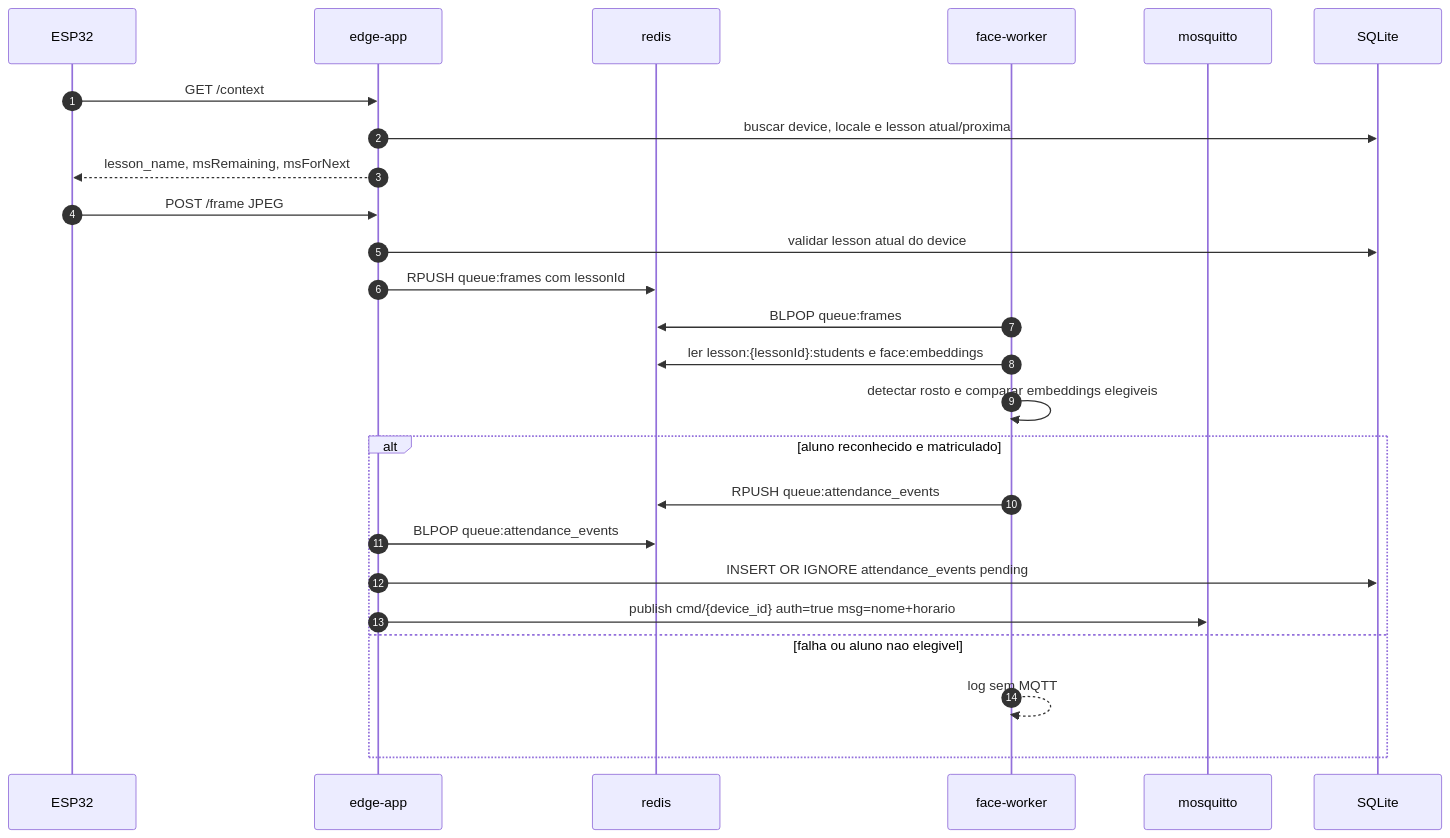
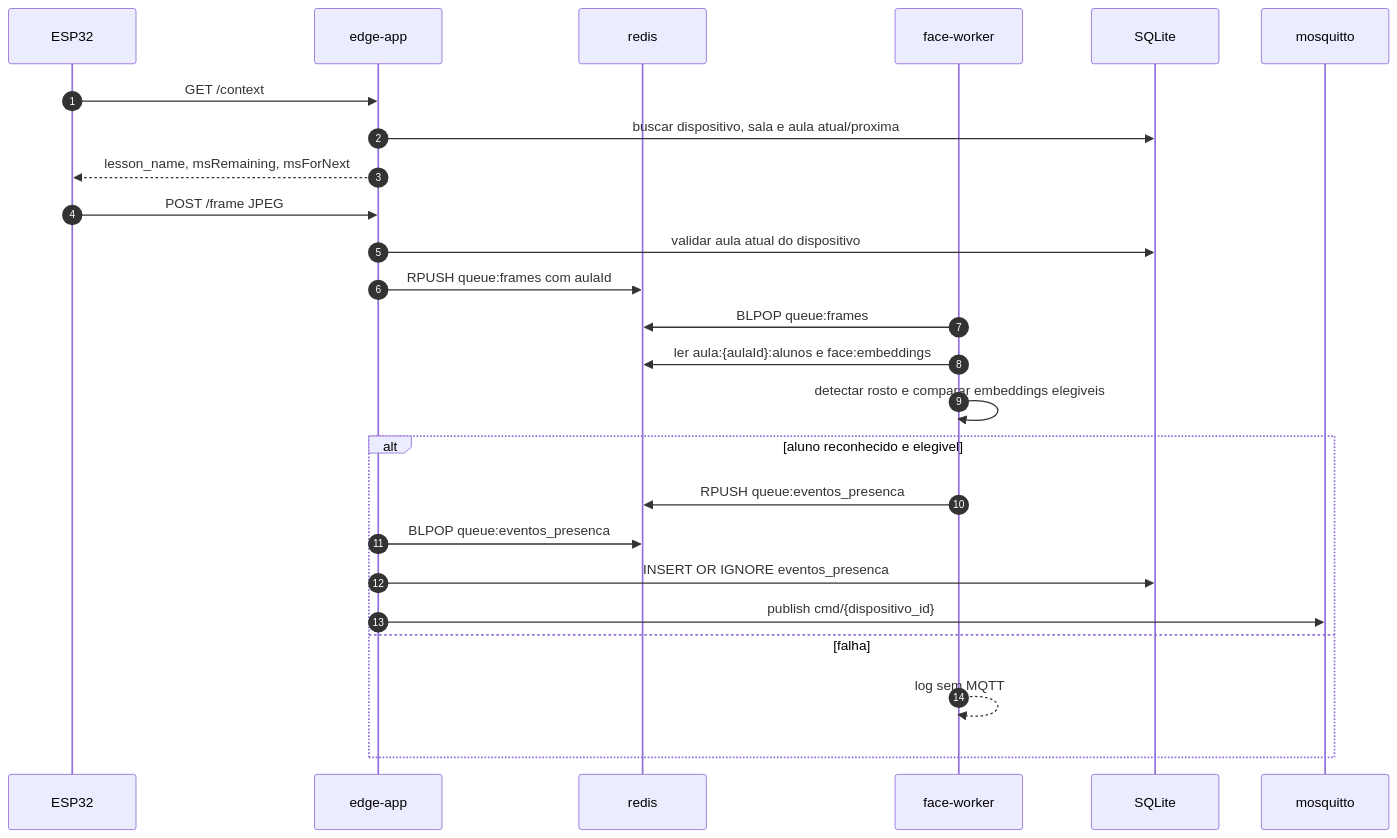
The third of 4 diagrams in README.md (DanielKGM/autoponto-edgenode), drawn with Mermaid before and after one commit. The commit also changed other lines of this file and 14 other files, not shown here.

````diff
--- a/README.md
+++ b/README.md
@@ -129,28 +163,28 @@
 ```mermaid
 sequenceDiagram
   autonumber
   participant ESP as ESP32
   participant API as edge-app
   participant R as redis
   participant W as face-worker
+  participant DB as SQLite
   participant MQ as mosquitto
-  participant DB as SQLite
 
   ESP->>API: GET /context
-  API->>DB: buscar device, locale e lesson atual/proxima
+  API->>DB: buscar dispositivo, sala e aula atual/proxima
   API-->>ESP: lesson_name, msRemaining, msForNext
   ESP->>API: POST /frame JPEG
-  API->>DB: validar lesson atual do device
-  API->>R: RPUSH queue:frames com lessonId
+  API->>DB: validar aula atual do dispositivo
+  API->>R: RPUSH queue:frames com aulaId
   W->>R: BLPOP queue:frames
-  W->>R: ler lesson:{lessonId}:students e face:embeddings
+  W->>R: ler aula:{aulaId}:alunos e face:embeddings
   W->>W: detectar rosto e comparar embeddings elegiveis
-  alt aluno reconhecido e matriculado
-    W->>R: RPUSH queue:attendance_events
-    API->>R: BLPOP queue:attendance_events
-    API->>DB: INSERT OR IGNORE attendance_events pending
-    API->>MQ: publish cmd/{device_id} auth=true msg=nome+horario
-  else falha ou aluno nao elegivel
+  alt aluno reconhecido e elegivel
+    W->>R: RPUSH queue:eventos_presenca
+    API->>R: BLPOP queue:eventos_presenca
+    API->>DB: INSERT OR IGNORE eventos_presenca
+    API->>MQ: publish cmd/{dispositivo_id}
+  else falha
     W-->>W: log sem MQTT
   end
 ```
````
